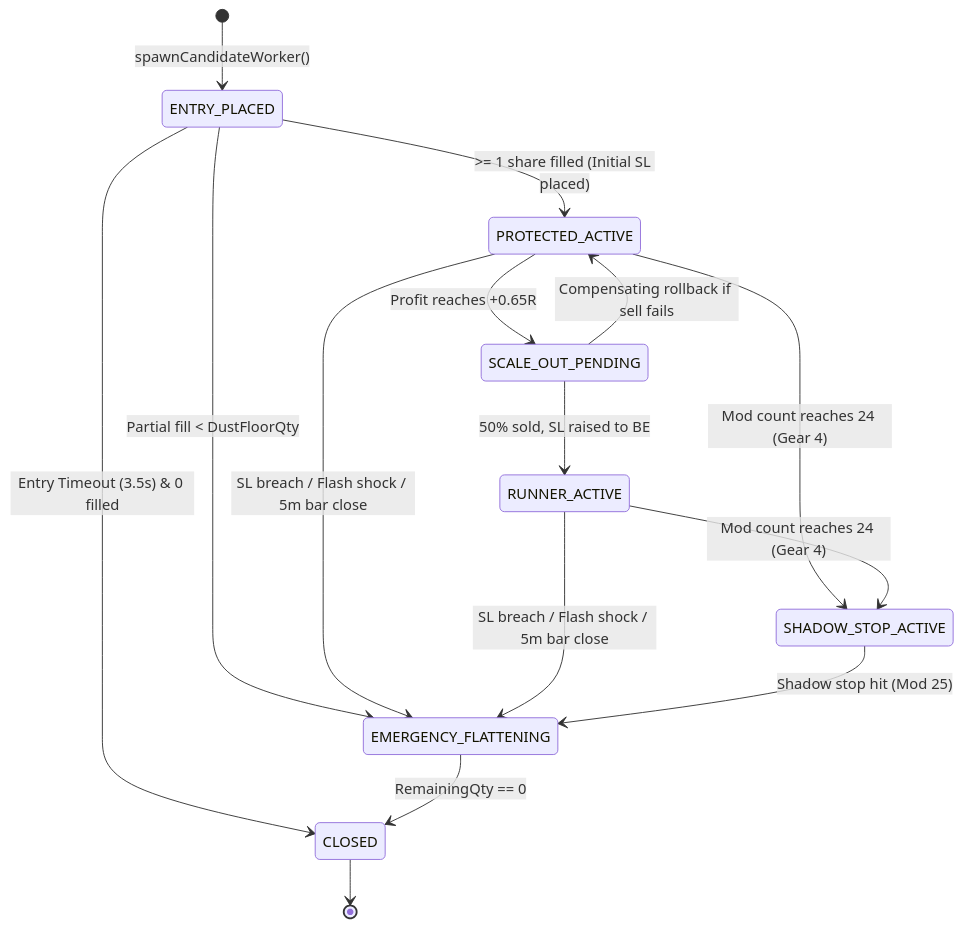
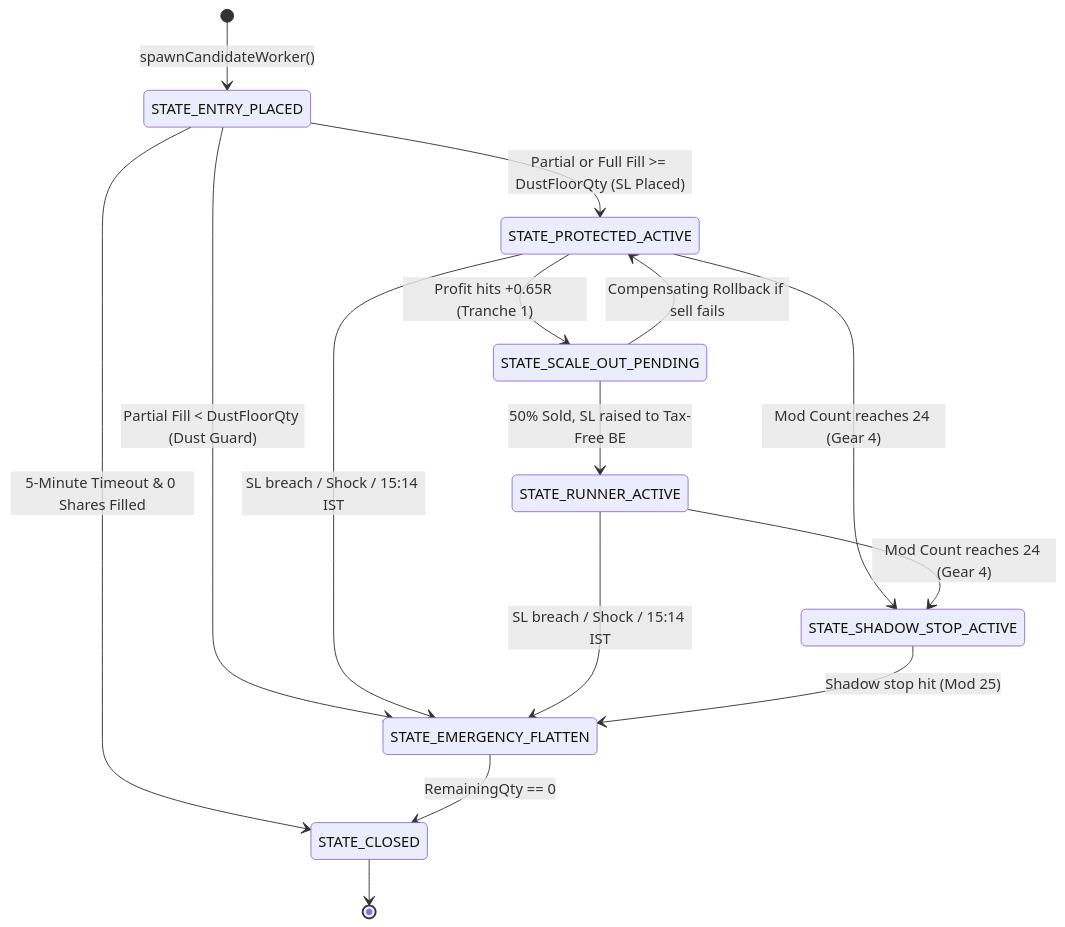
The second of 2 diagrams in algotrade-backend/EXECUTION_ARCHITECTURE_DEEP_DIVE.md (ajaynegi33/AlgoTrade), drawn with Mermaid before and after one commit. The commit also changed other lines of this file, not shown here.

Commit message:
docs: update execution architecture deep dive documentation

````diff
--- a/algotrade-backend/EXECUTION_ARCHITECTURE_DEEP_DIVE.md
+++ b/algotrade-backend/EXECUTION_ARCHITECTURE_DEEP_DIVE.md
@@ -239,21 +298,21 @@
 ```mermaid
 stateDiagram-v2
-    [*] --> ENTRY_PLACED: spawnCandidateWorker()
-    ENTRY_PLACED --> CLOSED: Entry Timeout (3.5s) & 0 filled
-    ENTRY_PLACED --> EMERGENCY_FLATTENING: Partial fill < DustFloorQty
-    ENTRY_PLACED --> PROTECTED_ACTIVE: >= 1 share filled (Initial SL placed)
+    [*] --> STATE_ENTRY_PLACED: spawnCandidateWorker()
+    STATE_ENTRY_PLACED --> STATE_CLOSED: 5-Minute Timeout & 0 Shares Filled
+    STATE_ENTRY_PLACED --> STATE_EMERGENCY_FLATTEN: Partial Fill < DustFloorQty (Dust Guard)
+    STATE_ENTRY_PLACED --> STATE_PROTECTED_ACTIVE: Partial or Full Fill >= DustFloorQty (SL Placed)
     
-    PROTECTED_ACTIVE --> SCALE_OUT_PENDING: Profit reaches +0.65R
-    SCALE_OUT_PENDING --> RUNNER_ACTIVE: 50% sold, SL raised to BE
-    SCALE_OUT_PENDING --> PROTECTED_ACTIVE: Compensating rollback if sell fails
+    STATE_PROTECTED_ACTIVE --> STATE_SCALE_OUT_PENDING: Profit hits +0.65R (Tranche 1)
+    STATE_SCALE_OUT_PENDING --> STATE_RUNNER_ACTIVE: 50% Sold, SL raised to Tax-Free BE
+    STATE_SCALE_OUT_PENDING --> STATE_PROTECTED_ACTIVE: Compensating Rollback if sell fails
     
-    PROTECTED_ACTIVE --> SHADOW_STOP_ACTIVE: Mod count reaches 24 (Gear 4)
-    RUNNER_ACTIVE --> SHADOW_STOP_ACTIVE: Mod count reaches 24 (Gear 4)
+    STATE_PROTECTED_ACTIVE --> STATE_SHADOW_STOP_ACTIVE: Mod Count reaches 24 (Gear 4)
+    STATE_RUNNER_ACTIVE --> STATE_SHADOW_STOP_ACTIVE: Mod Count reaches 24 (Gear 4)
     
-    PROTECTED_ACTIVE --> EMERGENCY_FLATTENING: SL breach / Flash shock / 5m bar close
-    RUNNER_ACTIVE --> EMERGENCY_FLATTENING: SL breach / Flash shock / 5m bar close
-    SHADOW_STOP_ACTIVE --> EMERGENCY_FLATTENING: Shadow stop hit (Mod 25)
+    STATE_PROTECTED_ACTIVE --> STATE_EMERGENCY_FLATTEN: SL breach / Shock / 15:14 IST
+    STATE_RUNNER_ACTIVE --> STATE_EMERGENCY_FLATTEN: SL breach / Shock / 15:14 IST
+    STATE_SHADOW_STOP_ACTIVE --> STATE_EMERGENCY_FLATTEN: Shadow stop hit (Mod 25)
     
-    EMERGENCY_FLATTENING --> CLOSED: RemainingQty == 0
-    CLOSED --> [*]
+    STATE_EMERGENCY_FLATTEN --> STATE_CLOSED: RemainingQty == 0
+    STATE_CLOSED --> [*]
 ```
````
